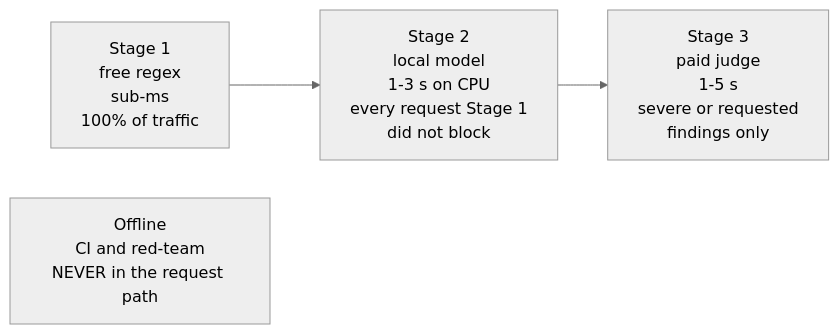
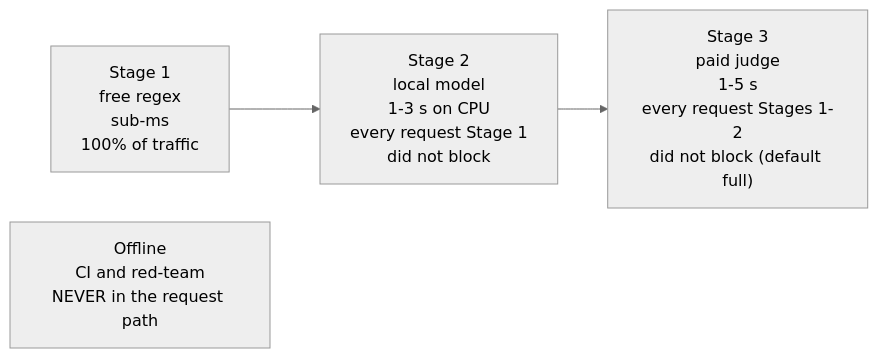
One commit to saimuthiki/RAI_AFNI changed the second of 4 diagrams in docs/architecture.md. Above: the diagram before and after it, drawn with Mermaid (neutral theme). The commit also changed other lines of this file and 22 other files, not shown here.

````diff
--- a/docs/architecture.md
+++ b/docs/architecture.md
@@ -177,6 +180,6 @@
 ```mermaid
 flowchart LR
     S1["Stage 1<br/>free regex<br/>sub-ms<br/>100% of traffic"] --> S2["Stage 2<br/>local model<br/>1-3 s on CPU<br/>every request Stage 1<br/>did not block"]
-    S2 --> S3["Stage 3<br/>paid judge<br/>1-5 s<br/>severe or requested<br/>findings only"]
+    S2 --> S3["Stage 3<br/>paid judge<br/>1-5 s<br/>every request Stages 1-2<br/>did not block (default full)"]
     OFF["Offline<br/>CI and red-team<br/>NEVER in the request path"]
 ```
````
